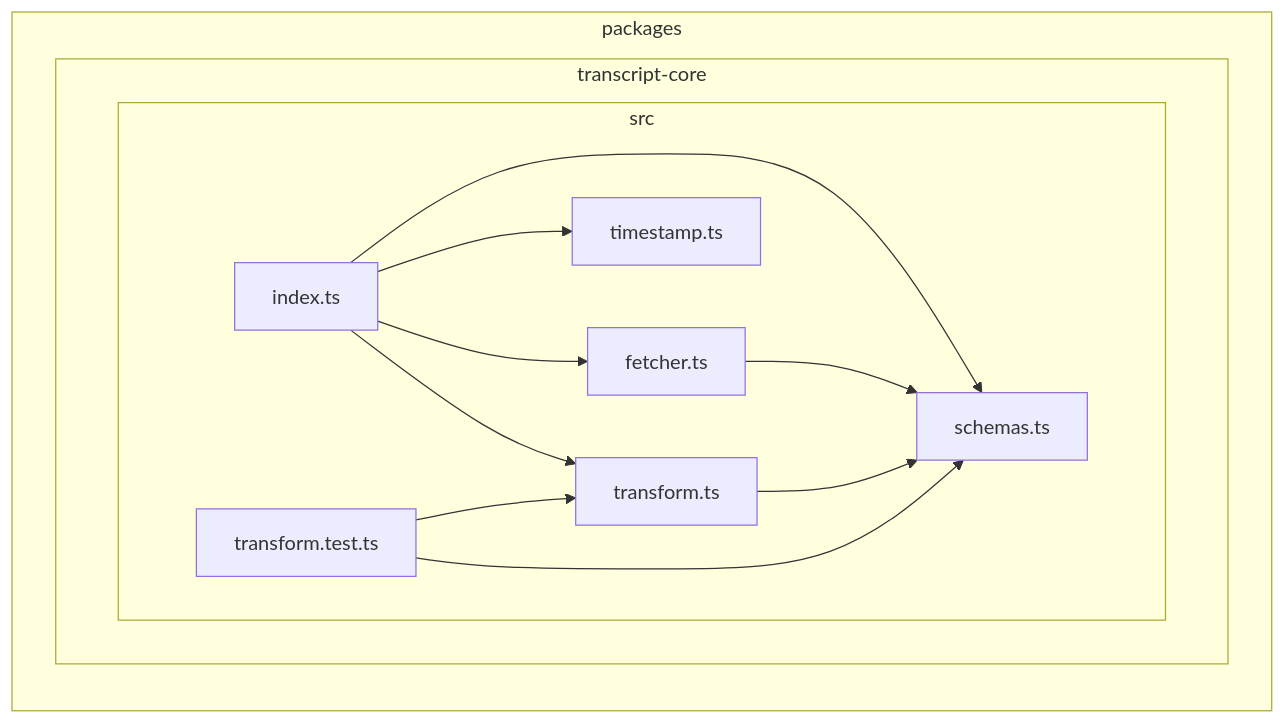
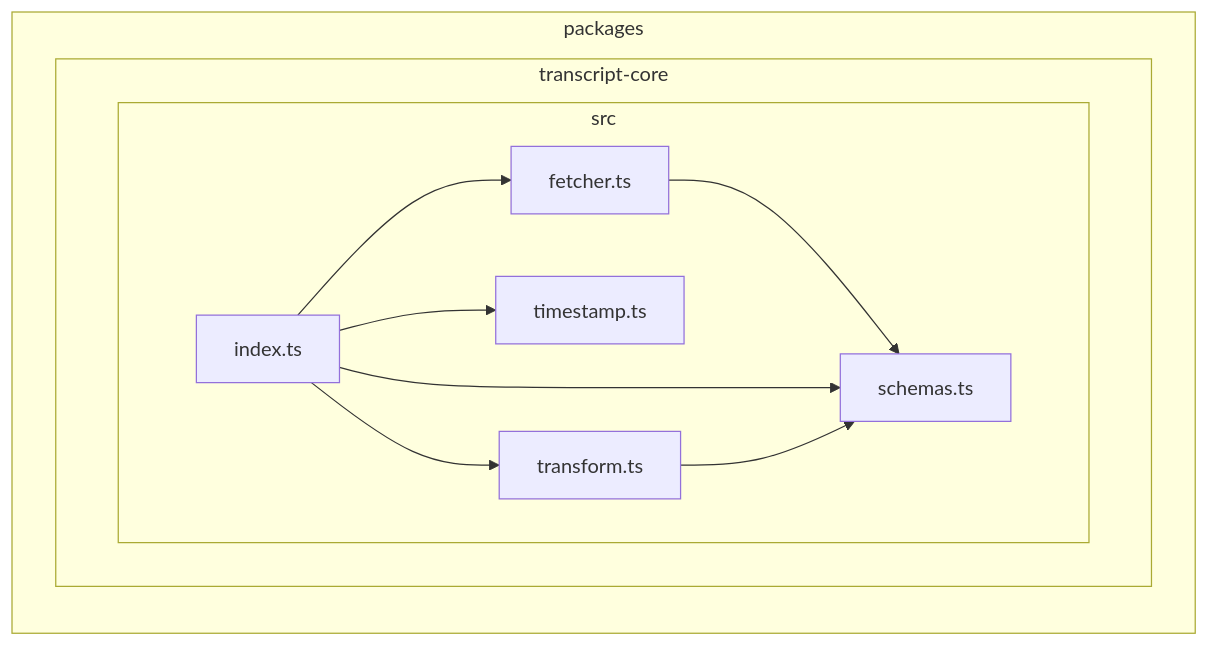
Before and after one commit to juspay/kolu: diagram 16 of 17 in docs/dependency-graph.md, drawn with Mermaid. The commit also changed other lines of this file and 1 other file, not shown here.

First line of the commit message:
chore(depcruise): cluster per-package graphs by subfolder, drop test files

````diff
--- a/docs/dependency-graph.md
+++ b/docs/dependency-graph.md
@@ -1294,24 +741,21 @@
 ```mermaid
 flowchart LR
 
 subgraph packages["packages"]
   subgraph packages_transcript_core["transcript-core"]
     subgraph packages_transcript_core_src["src"]
+      packages_transcript_core_src_fetcher_ts["fetcher.ts"]
       packages_transcript_core_src_index_ts["index.ts"]
-      packages_transcript_core_src_fetcher_ts["fetcher.ts"]
       packages_transcript_core_src_schemas_ts["schemas.ts"]
       packages_transcript_core_src_timestamp_ts["timestamp.ts"]
       packages_transcript_core_src_transform_ts["transform.ts"]
-      packages_transcript_core_src_transform_test_ts["transform.test.ts"]
     end
   end
 end
+packages_transcript_core_src_fetcher_ts-->packages_transcript_core_src_schemas_ts
 packages_transcript_core_src_index_ts-->packages_transcript_core_src_fetcher_ts
 packages_transcript_core_src_index_ts-->packages_transcript_core_src_schemas_ts
 packages_transcript_core_src_index_ts-->packages_transcript_core_src_timestamp_ts
 packages_transcript_core_src_index_ts-->packages_transcript_core_src_transform_ts
-packages_transcript_core_src_fetcher_ts-->packages_transcript_core_src_schemas_ts
 packages_transcript_core_src_transform_ts-->packages_transcript_core_src_schemas_ts
-packages_transcript_core_src_transform_test_ts-->packages_transcript_core_src_schemas_ts
-packages_transcript_core_src_transform_test_ts-->packages_transcript_core_src_transform_ts
 ```
````
